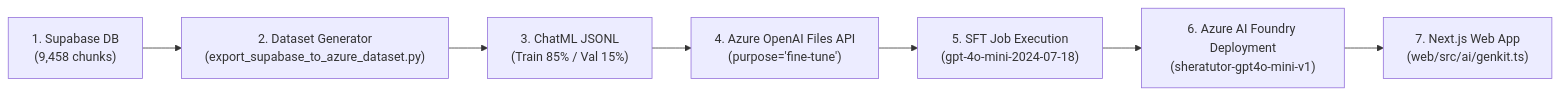
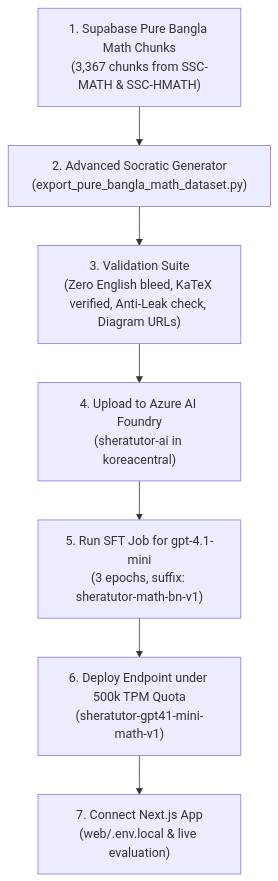
One commit to CodeStorm-Hub/Sheratutor changed the diagram in AZURE_AI_FOUNDRY_FINETUNING_PLAN.md. Above: the diagram before and after it, drawn with Mermaid. The commit also changed other lines of this file and 1 other file, not shown here.

````diff
--- a/AZURE_AI_FOUNDRY_FINETUNING_PLAN.md
+++ b/AZURE_AI_FOUNDRY_FINETUNING_PLAN.md
@@ -132,9 +153,9 @@
 ```mermaid
-flowchart LR
-    A["1. Supabase DB<br/>(9,458 chunks)"] --> B["2. Dataset Generator<br/>(export_supabase_to_azure_dataset.py)"]
-    B --> C["3. ChatML JSONL<br/>(Train 85% / Val 15%)"]
-    C --> D["4. Azure OpenAI Files API<br/>(purpose='fine-tune')"]
-    D --> E["5. SFT Job Execution<br/>(gpt-4o-mini-2024-07-18)"]
-    E --> F["6. Azure AI Foundry Deployment<br/>(sheratutor-gpt4o-mini-v1)"]
-    F --> G["7. Next.js Web App<br/>(web/src/ai/genkit.ts)"]
+flowchart TD
+    A["1. Supabase Pure Bangla Math Chunks<br/>(3,367 chunks from SSC-MATH & SSC-HMATH)"] --> B["2. Advanced Socratic Generator<br/>(export_pure_bangla_math_dataset.py)"]
+    B --> C["3. Validation Suite<br/>(Zero English bleed, KaTeX verified, Anti-Leak check, Diagram URLs)"]
+    C --> D["4. Upload to Azure AI Foundry<br/>(sheratutor-ai in koreacentral)"]
+    D --> E["5. Run SFT Job for gpt-4.1-mini<br/>(3 epochs, suffix: sheratutor-math-bn-v1)"]
+    E --> F["6. Deploy Endpoint under 500k TPM Quota<br/>(sheratutor-gpt41-mini-math-v1)"]
+    F --> G["7. Connect Next.js App<br/>(web/.env.local & live evaluation)"]
 ```
````
